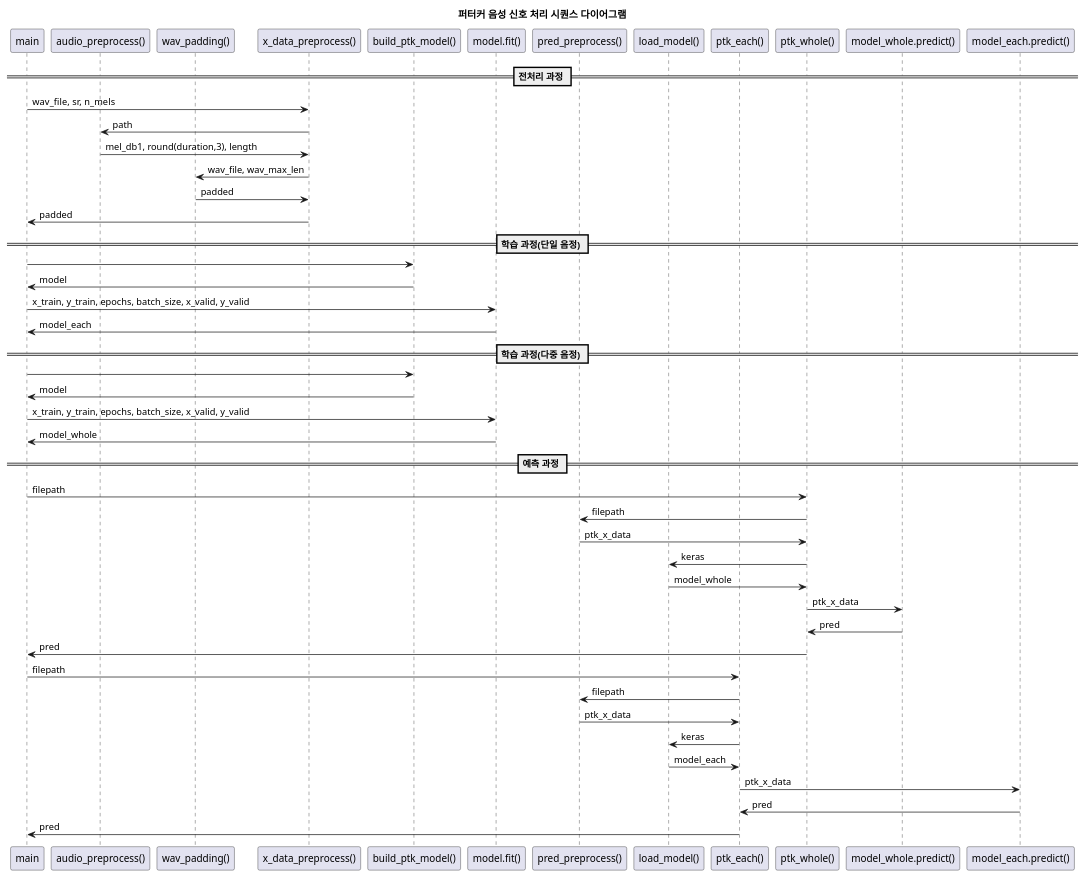
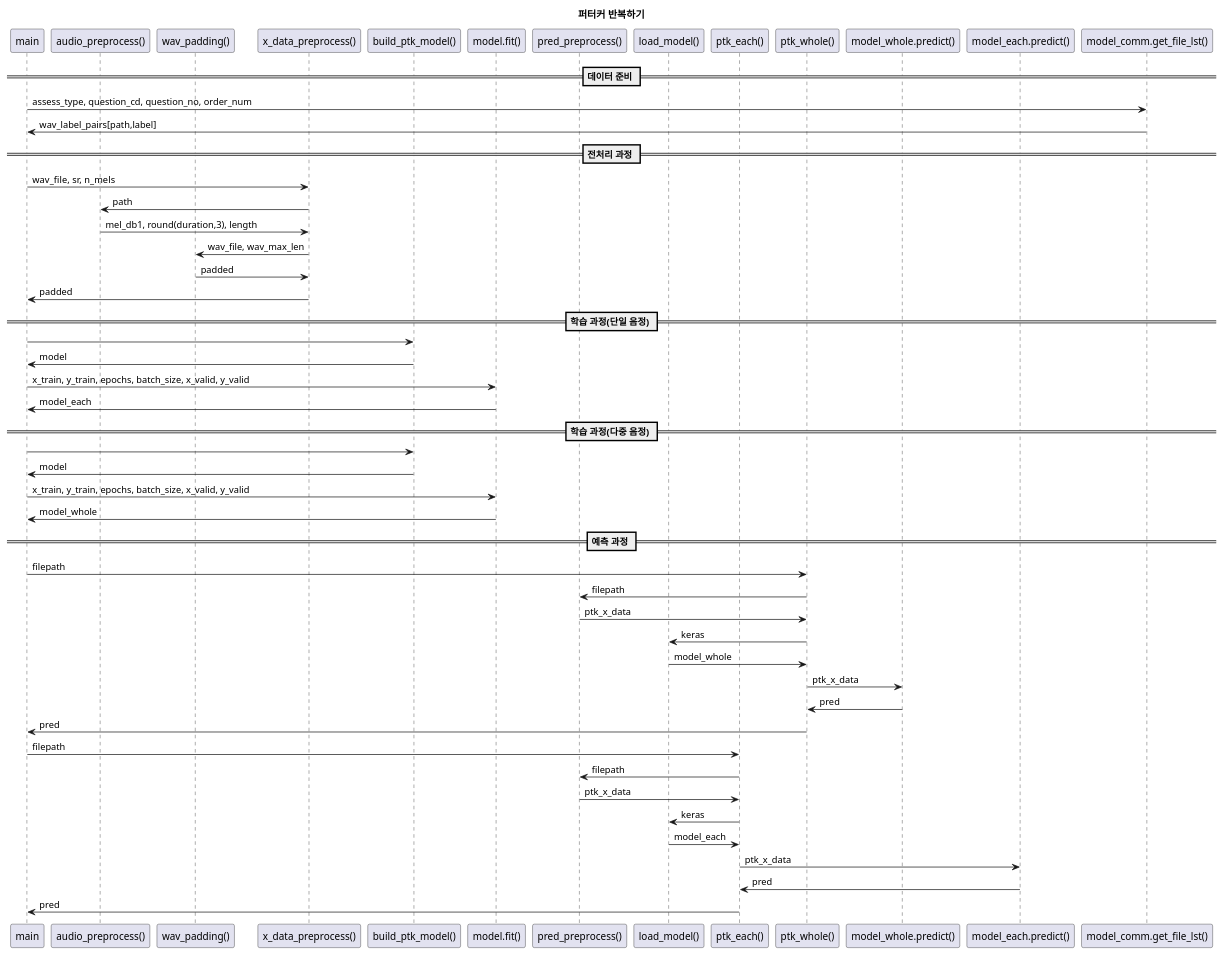
One commit to gemjh/SeSAC changed the diagram in ptk_model.puml. Above: the diagram before and after it, drawn with PlantUML. The commit also changed 10 other files, not shown here.

```diff
--- a/ptk_model.puml
+++ b/ptk_model.puml
@@ -1,59 +1,61 @@
 @startuml ptk_sequence
-title 퍼터커 음성 신호 처리 시퀀스 다이어그램
+title 퍼터커 반복하기
 
 participant "main" as loader
 participant "audio_preprocess()" as audio_file_transformation
 participant "wav_padding()" as padding
 participant "x_data_preprocess()" as preprocess
 participant "build_ptk_model()" as model_builder
 participant "model.fit()" as model_fit
 participant "pred_preprocess()" as pred_preprocess
 participant "load_model()" as model_pred
 participant "ptk_each()" as ptk_each_pred
 participant "ptk_whole()" as ptk_whole_pred
 participant "model_whole.predict()" as model_whole
 participant "model_each.predict()" as model_each
+participant "model_comm.get_file_lst()" as model_comm
 
-
-
+== 데이터 준비 ==
+loader -> model_comm: assess_type, question_cd, question_no, order_num 
+model_comm -> loader: wav_label_pairs[path,label]
 == 전처리 과정 ==
 loader -> preprocess: wav_file, sr, n_mels
 preprocess -> audio_file_transformation: path
 audio_file_transformation -> preprocess: mel_db1, round(duration,3), length
 preprocess -> padding: wav_file, wav_max_len
 padding -> preprocess: padded
 preprocess -> loader: padded
 
 == 학습 과정(단일 음정) ==
 loader -> model_builder
 model_builder -> loader: model
 loader -> model_fit: x_train, y_train, epochs, batch_size, x_valid, y_valid
 model_fit -> loader: model_each
 
 == 학습 과정(다중 음정) ==
 loader -> model_builder
 model_builder -> loader: model
 loader -> model_fit: x_train, y_train, epochs, batch_size, x_valid, y_valid
 model_fit -> loader: model_whole
 
 == 예측 과정 ==
 loader -> ptk_whole_pred: filepath
 ptk_whole_pred -> pred_preprocess: filepath
 pred_preprocess -> ptk_whole_pred: ptk_x_data
 ptk_whole_pred -> model_pred: keras
 model_pred -> ptk_whole_pred: model_whole
 ptk_whole_pred -> model_whole: ptk_x_data
 model_whole -> ptk_whole_pred : pred
 ptk_whole_pred -> loader: pred
 
 loader -> ptk_each_pred: filepath
 ptk_each_pred -> pred_preprocess: filepath
 pred_preprocess -> ptk_each_pred: ptk_x_data
 ptk_each_pred -> model_pred: keras
 model_pred -> ptk_each_pred: model_each
 ptk_each_pred -> model_each: ptk_x_data
 model_each -> ptk_each_pred : pred
 ptk_each_pred -> loader: pred
 
 
 @enduml
```
